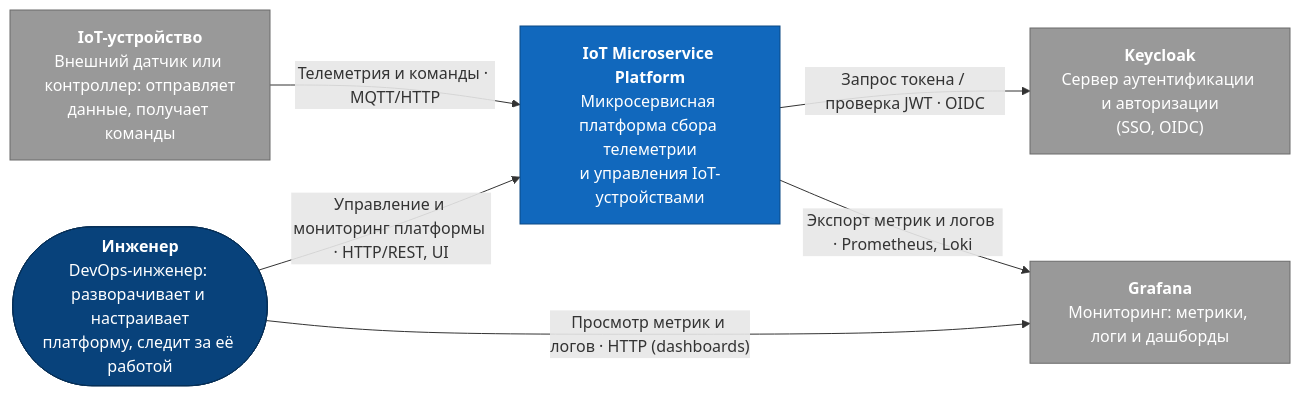
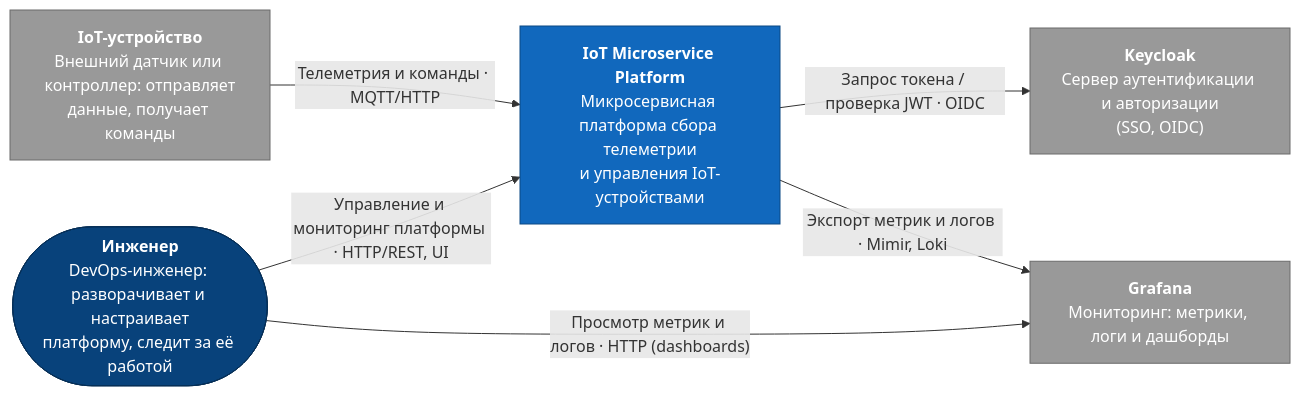
Before and after one commit to gluhov-d/iot-platform: the diagram in diagrams/context.mmd, drawn with Mermaid. The commit also changed 35 other files, not shown here.

```diff
--- a/diagrams/context.mmd
+++ b/diagrams/context.mmd
@@ -1,20 +1,20 @@
 %% C4 Level 1 — системный контекст IoT-платформы
 flowchart LR
     engineer(["<b>Инженер</b><br/>DevOps-инженер: разворачивает и настраивает<br/>платформу, следит за её работой"])
     iot_platform["<b>IoT Microservice Platform</b><br/>Микросервисная платформа сбора телеметрии<br/>и управления IoT-устройствами"]
     device["<b>IoT-устройство</b><br/>Внешний датчик или контроллер: отправляет<br/>данные, получает команды"]
     keycloak["<b>Keycloak</b><br/>Сервер аутентификации и авторизации<br/>(SSO, OIDC)"]
     grafana["<b>Grafana</b><br/>Мониторинг: метрики, логи и дашборды"]
 
     engineer -- "Управление и мониторинг платформы · HTTP/REST, UI" --> iot_platform
     device -- "Телеметрия и команды · MQTT/HTTP" --> iot_platform
     engineer -- "Просмотр метрик и логов · HTTP (dashboards)" --> grafana
     iot_platform -- "Запрос токена / проверка JWT · OIDC" --> keycloak
-    iot_platform -- "Экспорт метрик и логов · Prometheus, Loki" --> grafana
+    iot_platform -- "Экспорт метрик и логов · Mimir, Loki" --> grafana
 
     classDef person fill:#08427b,stroke:#052e56,color:#fff
     classDef system fill:#1168bd,stroke:#0b4884,color:#fff
     classDef external fill:#999999,stroke:#6b6b6b,color:#fff
     class engineer person
     class iot_platform system
     class device,keycloak,grafana external
```
